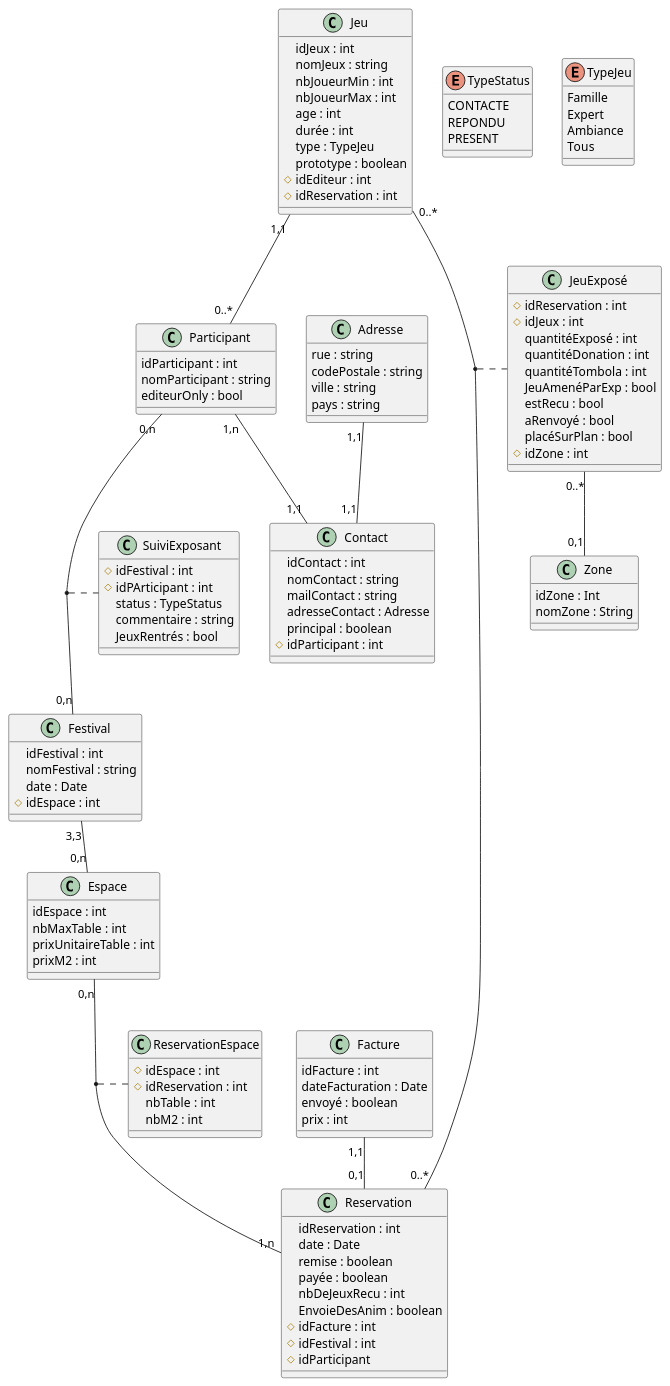
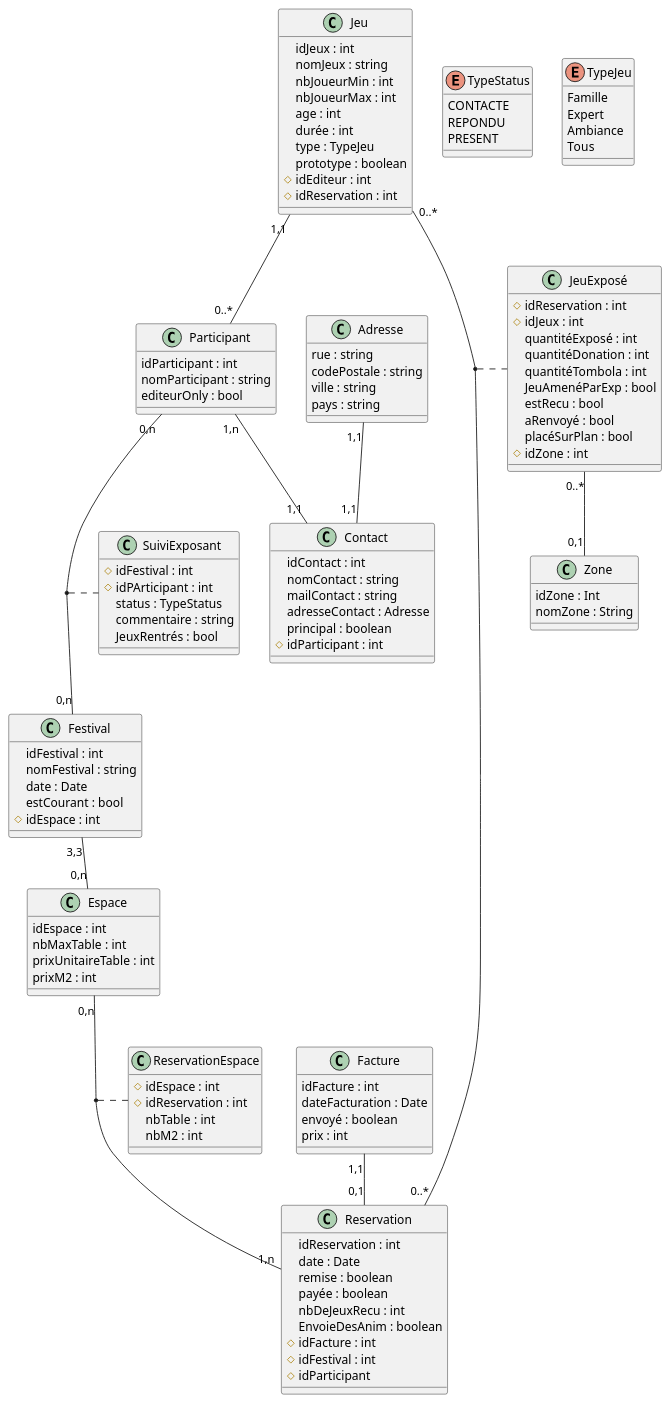
The diagram in documentation/database/class_diagram.puml (AyoubMoujane/awi-web-front), drawn with PlantUML before and after one commit.

Commit message:
Updated missing attribute

```diff
--- a/documentation/database/class_diagram.puml
+++ b/documentation/database/class_diagram.puml
@@ -1,141 +1,142 @@
 @startuml festival
 
 class Zone {
   idZone : Int
   nomZone : String
 }
 
 class JeuExposé {
    #idReservation : int
    #idJeux : int
    quantitéExposé : int
    quantitéDonation : int
    quantitéTombola : int
    JeuAmenéParExp : bool
    estRecu : bool
    aRenvoyé : bool
    placéSurPlan : bool
    #idZone : int
 
 }
 
 class Facture {
     idFacture : int
     dateFacturation : Date
     envoyé : boolean
     prix : int
 }
 
 class Reservation {
     idReservation : int
     date : Date
     remise : boolean
     payée : boolean
     nbDeJeuxRecu : int
     EnvoieDesAnim : boolean
     #idFacture : int
     #idFestival : int
     #idParticipant
 }
 
 class ReservationEspace {
     #idEspace : int
     #idReservation : int
     nbTable : int
     nbM2 : int
 }
 
 class Espace {
     idEspace : int
     nbMaxTable : int
     prixUnitaireTable : int
     prixM2 : int
 
 }
 
 class Festival {
     idFestival : int
     nomFestival : string
     date : Date
+    estCourant : bool
     #idEspace : int
 }
 
 class Participant {
     idParticipant : int
     nomParticipant : string
     editeurOnly : bool
 }
 
 class Jeu {
     idJeux : int
     nomJeux : string
     nbJoueurMin : int
     nbJoueurMax : int
     age : int
     durée : int
     type : TypeJeu
     prototype : boolean
     #idEditeur : int
     #idReservation : int
 }
 
 class Contact {
     idContact : int
     nomContact : string
     mailContact : string
     adresseContact : Adresse
     principal : boolean
     #idParticipant : int
 }
 
 class Adresse {
     rue : string
     codePostale : string
     ville : string
     pays : string
 }
 
 class SuiviExposant {
     #idFestival : int
     #idPArticipant : int
     status : TypeStatus
     commentaire : string
     JeuxRentrés : bool
 }
 
 enum TypeStatus {
     CONTACTE
     REPONDU
     PRESENT
 }
 
 enum TypeJeu {
     Famille
     Expert
     Ambiance
     Tous
 }
 
 JeuExposé "0..*" -- "0,1" Zone
 Jeu "0..*" -- "0..*" Reservation
 (Jeu, Reservation) . JeuExposé
 Jeu "1,1" -- "0..*" Participant
 Participant "0,n" -- "0,n" Festival
 (Participant, Festival) . SuiviExposant
 Festival "3,3" -- "0,n" Espace
 Espace "0,n" -- "1,n" Reservation
 (Espace, Reservation) . ReservationEspace
 
 Adresse "1,1" -- "1,1" Contact
 Facture "1,1" -- "0,1" Reservation
 Participant "1,n" -- "1,1" Contact
 
 
 
 
 
 
 
 
 
 @enduml
```
